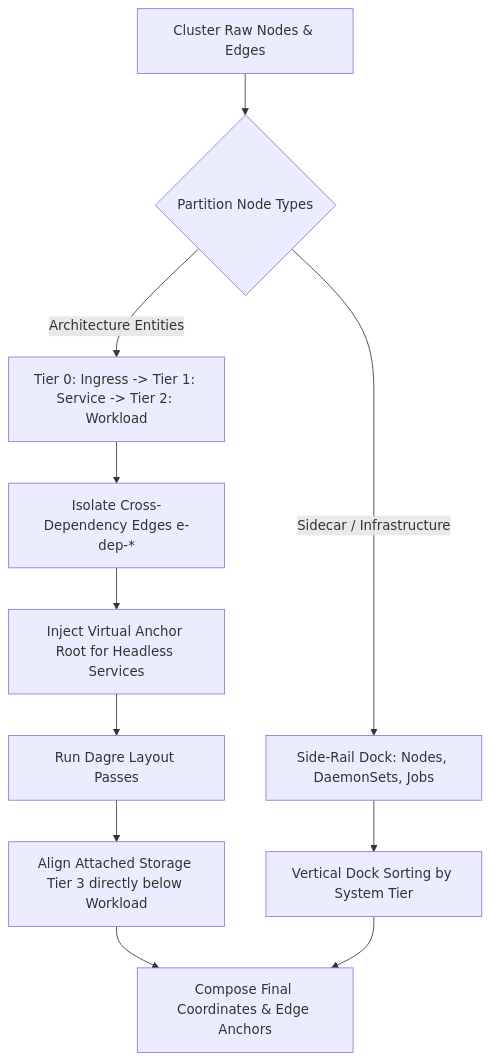
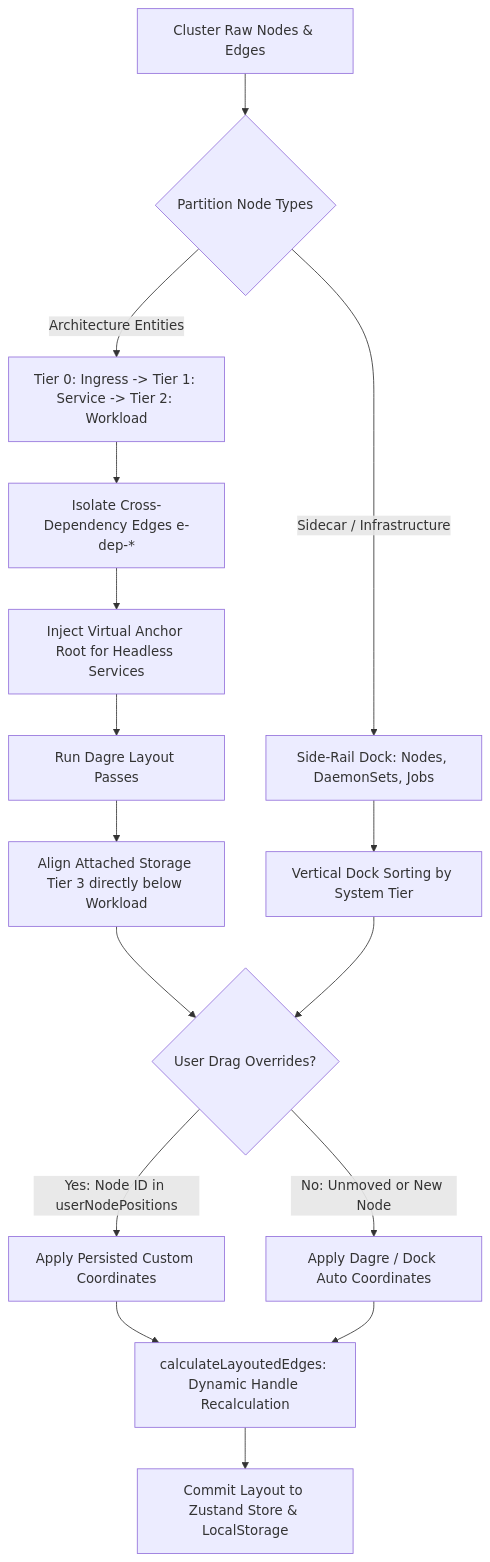
One commit to P20000/EnvScale changed the diagram in docs/algorithms.md. Above: the diagram before and after it, drawn with Mermaid. The commit also changed other lines of this file and 6 other files, not shown here.

First line of the commit message:
feat(web): persist user drag node positions and non-destructive live layout

````diff
--- a/docs/algorithms.md
+++ b/docs/algorithms.md
@@ -55,13 +55,18 @@
 ```mermaid
 flowchart TD
     A[Cluster Raw Nodes & Edges] --> B{Partition Node Types}
     B -->|Architecture Entities| C[Tier 0: Ingress -> Tier 1: Service -> Tier 2: Workload]
     B -->|Sidecar / Infrastructure| D[Side-Rail Dock: Nodes, DaemonSets, Jobs]
     C --> E[Isolate Cross-Dependency Edges e-dep-*]
     E --> F[Inject Virtual Anchor Root for Headless Services]
     F --> G[Run Dagre Layout Passes]
     G --> H[Align Attached Storage Tier 3 directly below Workload]
     D --> I[Vertical Dock Sorting by System Tier]
-    H --> J[Compose Final Coordinates & Edge Anchors]
+    H --> J{User Drag Overrides?}
     I --> J
+    J -->|Yes: Node ID in userNodePositions| K[Apply Persisted Custom Coordinates]
+    J -->|No: Unmoved or New Node| L[Apply Dagre / Dock Auto Coordinates]
+    K --> M[calculateLayoutedEdges: Dynamic Handle Recalculation]
+    L --> M
+    M --> N[Commit Layout to Zustand Store & LocalStorage]
 ```
````
